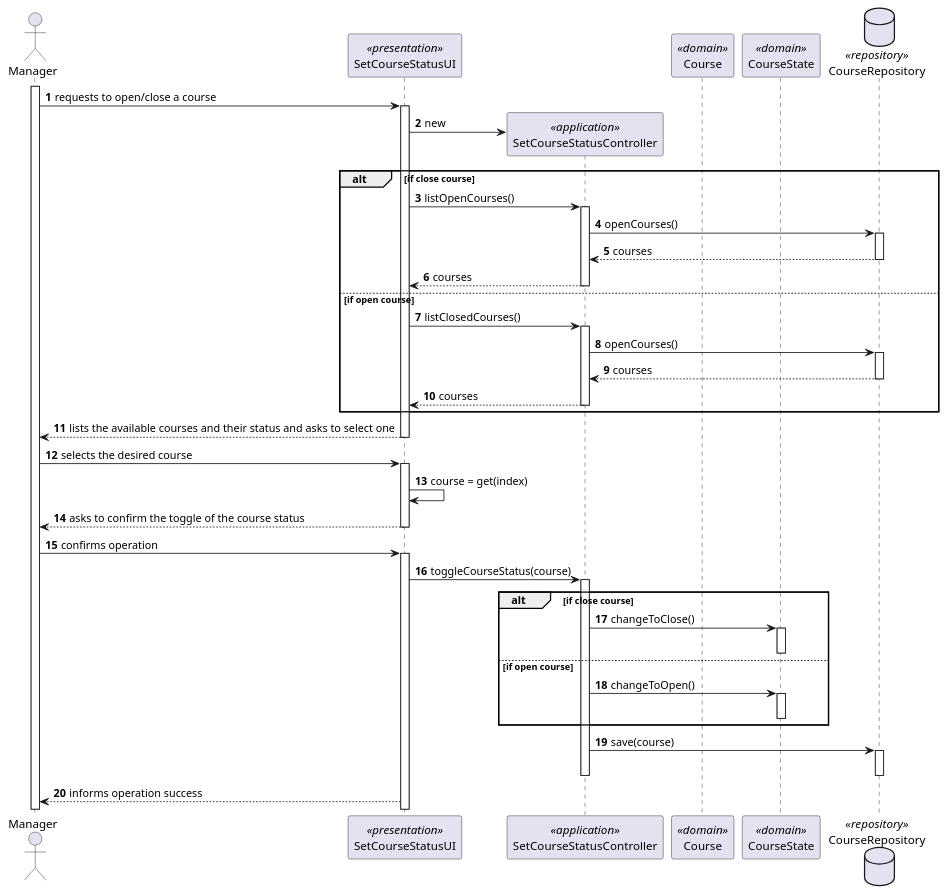
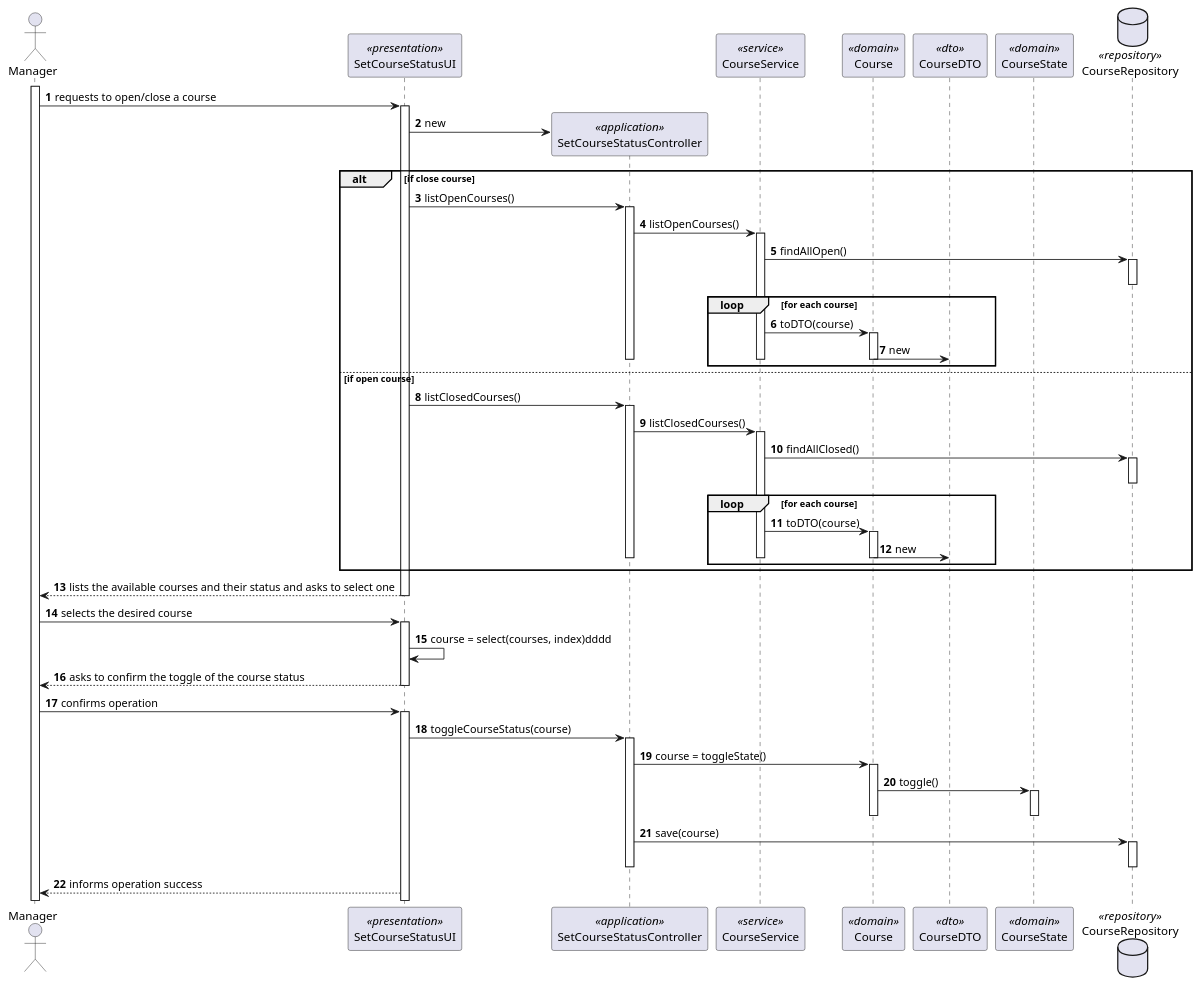
The diagram in docs/sprint-b/us10-1004/US1004_SD.puml (miseEnPlace-dev/lapr4), drawn with PlantUML before and after one commit. The commit also changed 1 other file, not shown here.

```diff
--- a/docs/sprint-b/us10-1004/US1004_SD.puml
+++ b/docs/sprint-b/us10-1004/US1004_SD.puml
@@ -1,87 +1,97 @@
 @startuml US1004_SD
 autonumber
 
 actor "Manager" as M
 
 participant "SetCourseStatusUI" as UI <<presentation>>
 participant "SetCourseStatusController" as CTRL <<application>>
+participant "CourseService" as SRV <<service>>
 participant "Course" as Course <<domain>>
+participant "CourseDTO" as DTO <<dto>>
 participant "CourseState" as CourseState <<domain>>
+
 
 database CourseRepository as REPO <<repository>>
 
 activate M
 
 M -> UI: requests to open/close a course
 
 activate UI
 
 UI -> CTRL**: new
 
 alt if close course
   UI -> CTRL: listOpenCourses()
   activate CTRL
-  CTRL -> REPO: openCourses()
-  activate REPO
-  REPO --> CTRL: courses
-  deactivate REPO
-  CTRL --> UI: courses
-  deactivate CTRL
+  CTRL -> SRV: listOpenCourses()
+  activate SRV
+  SRV -> REPO: findAllOpen()
+    activate REPO
+    deactivate REPO
+  loop for each course
+    SRV -> Course : toDTO(course)
+    activate Course
+    Course -> DTO : new
+    deactivate SRV
+    deactivate Course
+    deactivate CTRL
+  end loop
 else if open course
   UI -> CTRL: listClosedCourses()
-
   activate CTRL
-
-  CTRL -> REPO: openCourses()
+  CTRL -> SRV: listClosedCourses()
+  activate SRV
+  SRV -> REPO: findAllClosed()
   activate REPO
-  REPO --> CTRL: courses
   deactivate REPO
-  CTRL --> UI: courses
-  deactivate CTRL
-  end
+  loop for each course
+    SRV -> Course : toDTO(course)
+    activate Course
+    Course -> DTO : new
+    deactivate SRV
+    deactivate Course
+    deactivate CTRL
+  end loop
+end
 
 UI --> M: lists the available courses and their status and asks to select one
 
 deactivate UI
 
 M -> UI: selects the desired course
 
 activate UI
 
-UI -> UI: course = get(index)
-
-
+UI -> UI: course = select(courses, index)dddd
 UI --> M: asks to confirm the toggle of the course status
 
 deactivate UI
 
 M -> UI: confirms operation
 
 activate UI
 
 UI -> CTRL: toggleCourseStatus(course)
 
-alt if close course
-  activate CTRL
-  CTRL -> CourseState: changeToClose()
-  activate CourseState
-  deactivate CourseState
+activate CTRL
 
-else if open course
+CTRL -> Course: course = toggleState()
 
-  CTRL -> CourseState: changeToOpen()
-  activate CourseState
-  deactivate CourseState
-  end
+activate Course
 
+Course -> CourseState: toggle()
+
+activate CourseState
+deactivate CourseState
+deactivate Course
 
 CTRL -> REPO: save(course)
 
 activate REPO
 deactivate REPO
-
 deactivate CTRL
 
 UI --> M: informs operation success
 
 @enduml
```
